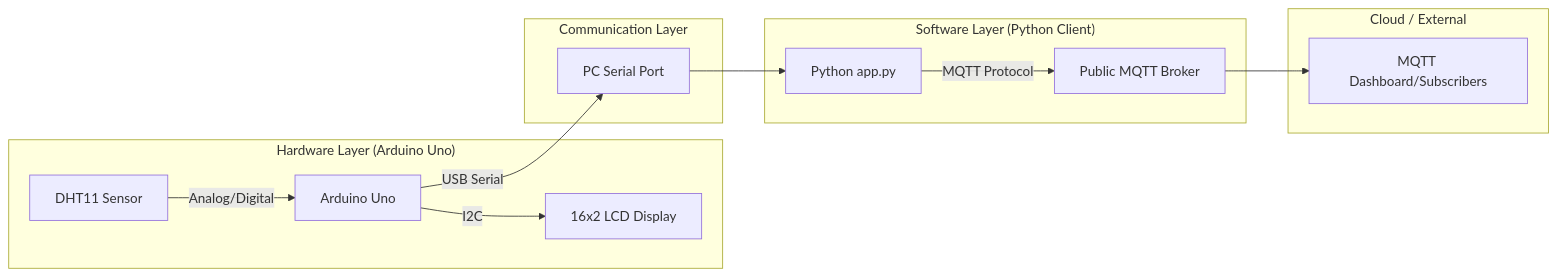
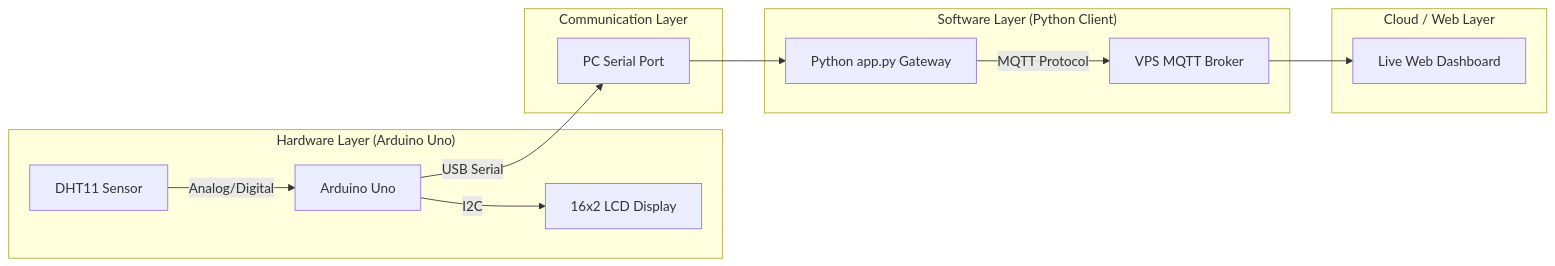
The diagram in README.md (IGITANGAZA23/temperature-mqtt-monitor), drawn with Mermaid before and after one commit. The commit also changed other lines of this file, not shown here.

Commit message:
Final deployment: Updated README with live VPS link

````diff
--- a/README.md
+++ b/README.md
@@ -7,20 +16,20 @@
 ```mermaid
 graph LR
     subgraph "Hardware Layer (Arduino Uno)"
         A[DHT11 Sensor] -->|Analog/Digital| B[Arduino Uno]
         B -->|I2C| C[16x2 LCD Display]
     end
 
     subgraph "Communication Layer"
         B -->|USB Serial| D[PC Serial Port]
     end
 
     subgraph "Software Layer (Python Client)"
-        D --> E[Python app.py]
-        E -->|MQTT Protocol| F[Public MQTT Broker]
+        D --> E[Python app.py Gateway]
+        E -->|MQTT Protocol| F[VPS MQTT Broker]
     end
 
-    subgraph "Cloud / External"
-        F --> G[MQTT Dashboard/Subscribers]
+    subgraph "Cloud / Web Layer"
+        F --> G[Live Web Dashboard]
     end
 ```
````
